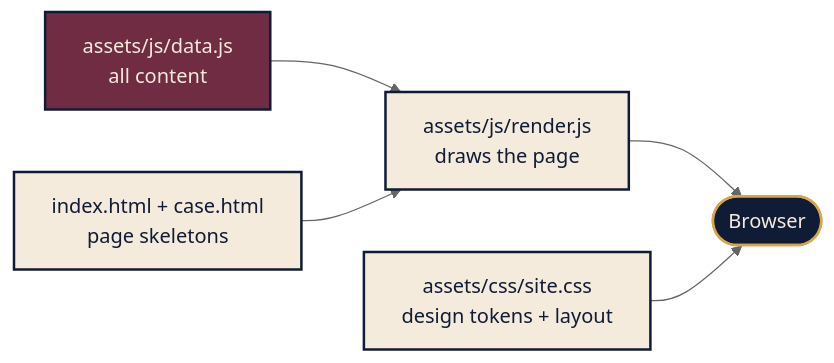
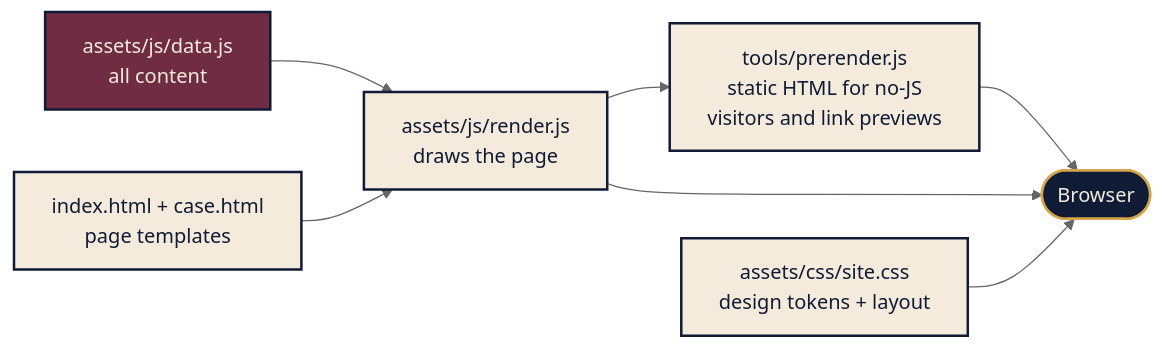
One commit to BavlyWilliam/Bavly-William-Portfolio changed the diagram in README.md. Above: the diagram before and after it, drawn with Mermaid (neutral theme). The commit also changed other lines of this file and 11 other files, not shown here.

First line of the commit message:
Pre-render pages for no-JS visitors and link previews

````diff
--- a/README.md
+++ b/README.md
@@ -163,10 +172,12 @@
 ```mermaid
 flowchart LR
     A["assets/js/data.js<br/>all content"]:::data --> B["assets/js/render.js<br/>draws the page"]:::code
-    C["index.html + case.html<br/>page skeletons"]:::code --> B
-    B --> D(["Browser"]):::out
+    C["index.html + case.html<br/>page templates"]:::code --> B
+    B --> P["tools/prerender.js<br/>static HTML for no-JS<br/>visitors and link previews"]:::code
+    P --> D(["Browser"]):::out
+    B --> D
     E["assets/css/site.css<br/>design tokens + layout"]:::code --> D
     classDef data fill:#702C42,stroke:#101B35,stroke-width:2px,color:#F4EBDD
     classDef code fill:#F4EBDD,stroke:#101B35,stroke-width:2px,color:#101B35
     classDef out fill:#101B35,stroke:#D5A64A,stroke-width:2px,color:#F4EBDD
 ```
````
